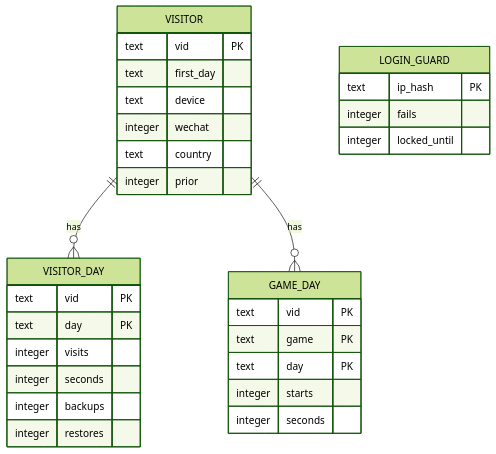
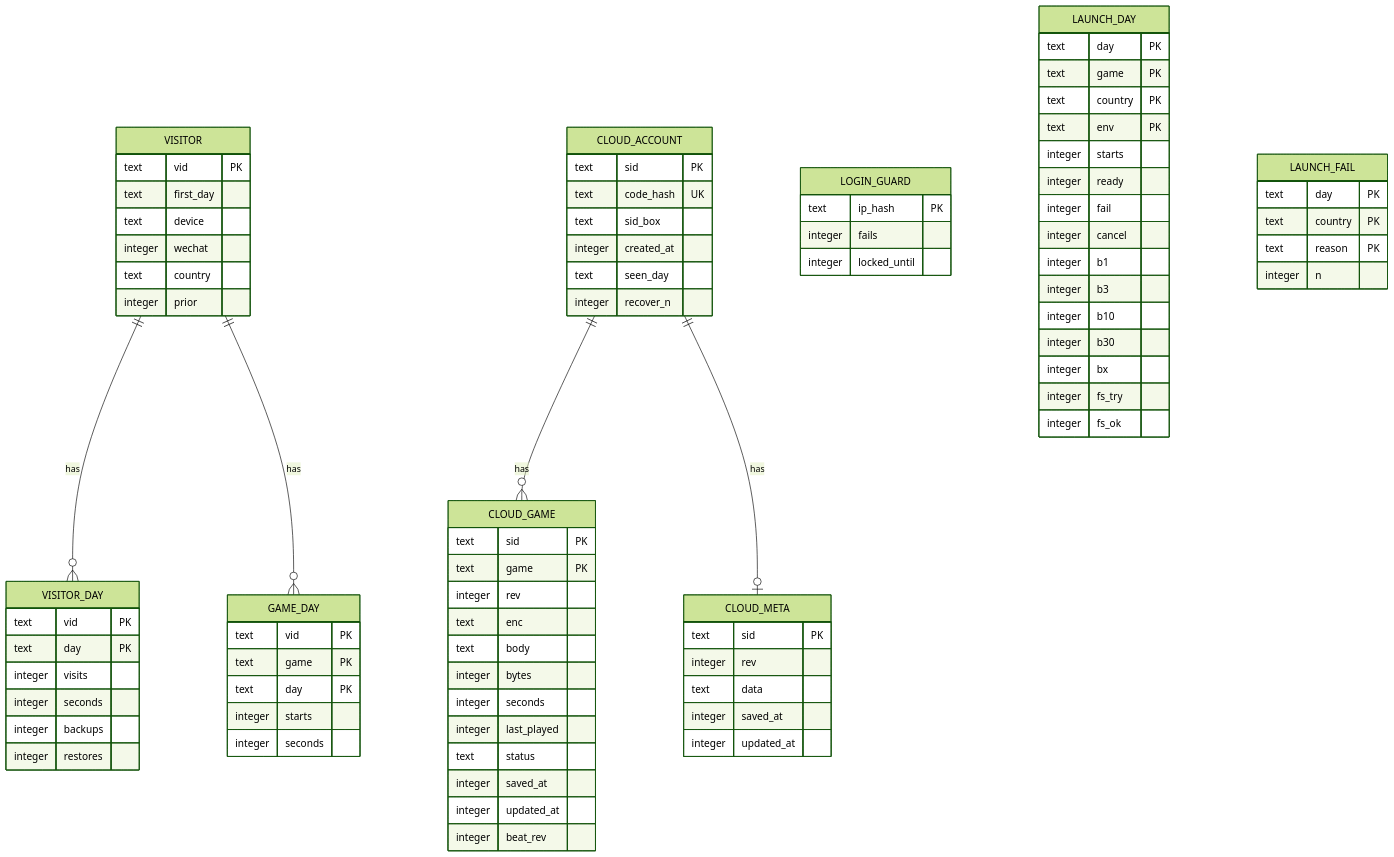
Before and after one commit to Bearisbug/Shoota: the second of 11 diagrams in docs/DESIGN.md, drawn with Mermaid (forest theme). The commit also changed other lines of this file and 310 other files, not shown here.

````diff
--- a/docs/DESIGN.md
+++ b/docs/DESIGN.md
@@ -251,6 +1042,8 @@
 erDiagram
   VISITOR ||--o{ VISITOR_DAY : has
   VISITOR ||--o{ GAME_DAY : has
+  CLOUD_ACCOUNT ||--o{ CLOUD_GAME : has
+  CLOUD_ACCOUNT ||--o| CLOUD_META : has
   VISITOR {
     text vid PK
     text first_day
@@ -279,4 +1072,56 @@
     integer fails
     integer locked_until
   }
+  CLOUD_ACCOUNT {
+    text sid PK
+    text code_hash UK
+    text sid_box
+    integer created_at
+    text seen_day
+    integer recover_n
+  }
+  CLOUD_GAME {
+    text sid PK
+    text game PK
+    integer rev
+    text enc
+    text body
+    integer bytes
+    integer seconds
+    integer last_played
+    text status
+    integer saved_at
+    integer updated_at
+    integer beat_rev
+  }
+  CLOUD_META {
+    text sid PK
+    integer rev
+    text data
+    integer saved_at
+    integer updated_at
+  }
+  LAUNCH_DAY {
+    text day PK
+    text game PK
+    text country PK
+    text env PK
+    integer starts
+    integer ready
+    integer fail
+    integer cancel
+    integer b1
+    integer b3
+    integer b10
+    integer b30
+    integer bx
+    integer fs_try
+    integer fs_ok
+  }
+  LAUNCH_FAIL {
+    text day PK
+    text country PK
+    text reason PK
+    integer n
+  }
 ```
````
